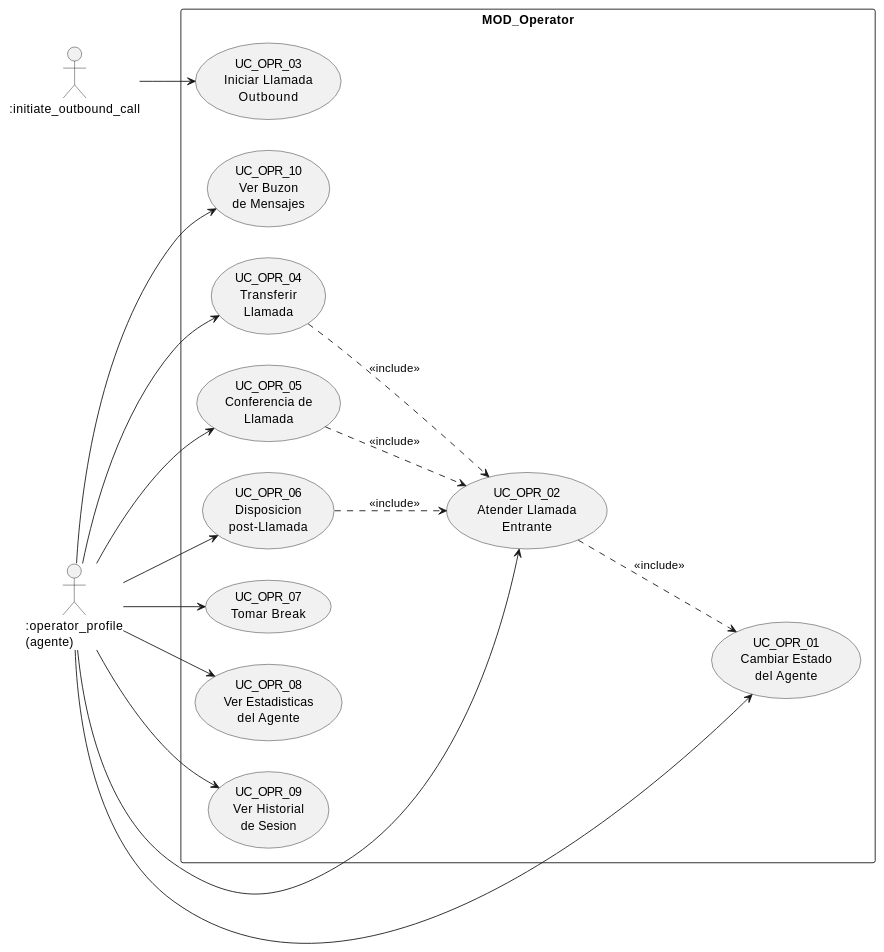
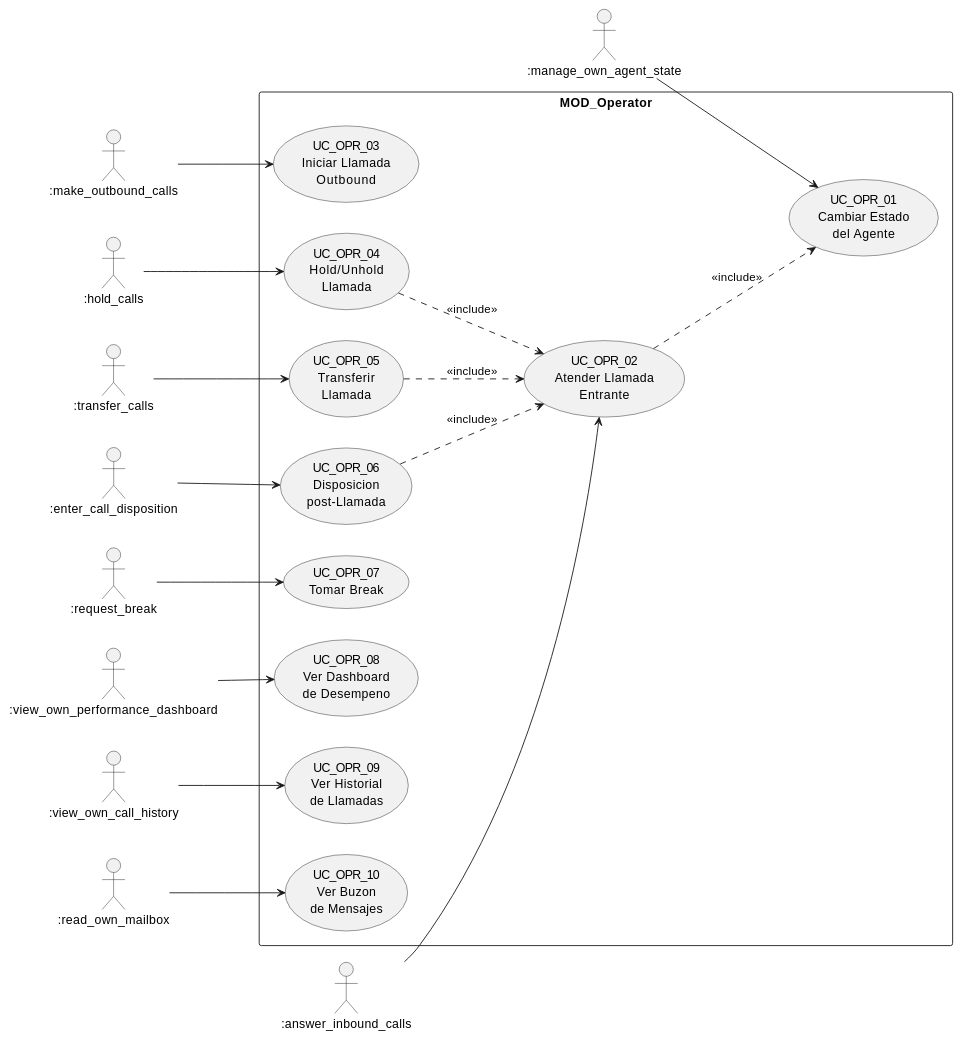
The tenth of 13 diagrams in source/arquitectura-tecnica/diagramas-uc-por-modulo.rst (jcg-admin/IACT-docs), drawn with PlantUML before and after one commit. The commit also changed other lines of this file and 77 other files, not shown here.

First line of the commit message:
Enforce RBAC function names as actors in all UML diagrams

```diff
--- a/source/arquitectura-tecnica/diagramas-uc-por-modulo.rst
+++ b/source/arquitectura-tecnica/diagramas-uc-por-modulo.rst
@@ -447,39 +447,47 @@
 .. uml::
  :caption: Figura 25 — MOD_Operator: casos de uso
 
  @startuml
  left to right direction
 
- actor ":operator_profile\n(agente)" as AGT
- actor ":initiate_outbound_call" as IOC
+ actor ":manage_own_agent_state" as MGS
+ actor ":answer_inbound_calls" as AIC
+ actor ":make_outbound_calls" as MOC
+ actor ":hold_calls" as HC
+ actor ":transfer_calls" as TC
+ actor ":enter_call_disposition" as ECD
+ actor ":request_break" as RBK
+ actor ":view_own_performance_dashboard" as VOPD
+ actor ":view_own_call_history" as VOCH
+ actor ":read_own_mailbox" as ROM
 
  rectangle "MOD_Operator" {
    usecase "UC_OPR_01\nCambiar Estado\ndel Agente" as O01
    usecase "UC_OPR_02\nAtender Llamada\nEntrante" as O02
    usecase "UC_OPR_03\nIniciar Llamada\nOutbound" as O03
-   usecase "UC_OPR_04\nTransferir\nLlamada" as O04
-   usecase "UC_OPR_05\nConferencia de\nLlamada" as O05
+   usecase "UC_OPR_04\nHold/Unhold\nLlamada" as O04
+   usecase "UC_OPR_05\nTransferir\nLlamada" as O05
    usecase "UC_OPR_06\nDisposicion\npost-Llamada" as O06
    usecase "UC_OPR_07\nTomar Break" as O07
-   usecase "UC_OPR_08\nVer Estadisticas\ndel Agente" as O08
-   usecase "UC_OPR_09\nVer Historial\nde Sesion" as O09
+   usecase "UC_OPR_08\nVer Dashboard\nde Desempeno" as O08
+   usecase "UC_OPR_09\nVer Historial\nde Llamadas" as O09
    usecase "UC_OPR_10\nVer Buzon\nde Mensajes" as O10
  }
 
- AGT --> O01
- AGT --> O02
- IOC --> O03
- AGT --> O04
- AGT --> O05
- AGT --> O06
- AGT --> O07
- AGT --> O08
- AGT --> O09
- AGT --> O10
+ MGS --> O01
+ AIC --> O02
+ MOC --> O03
+ HC --> O04
+ TC --> O05
+ ECD --> O06
+ RBK --> O07
+ VOPD --> O08
+ VOCH --> O09
+ ROM --> O10
 
  O02 ..> O01 : <<include>>
  O06 ..> O02 : <<include>>
  O04 ..> O02 : <<include>>
  O05 ..> O02 : <<include>>
 
  @enduml
```
